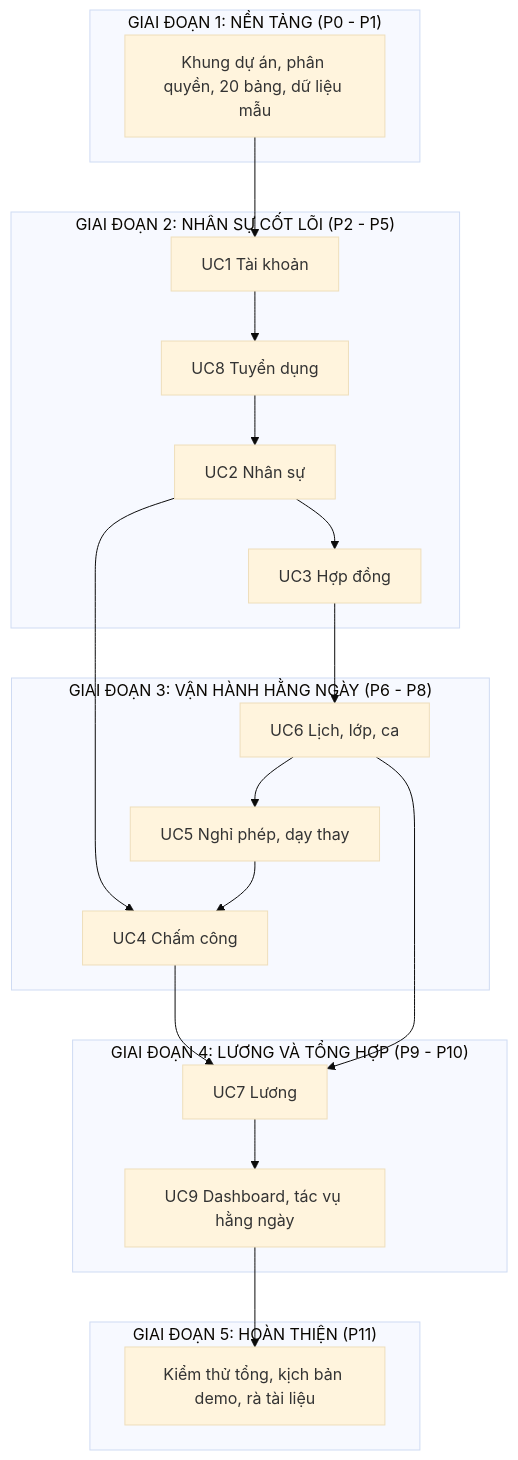
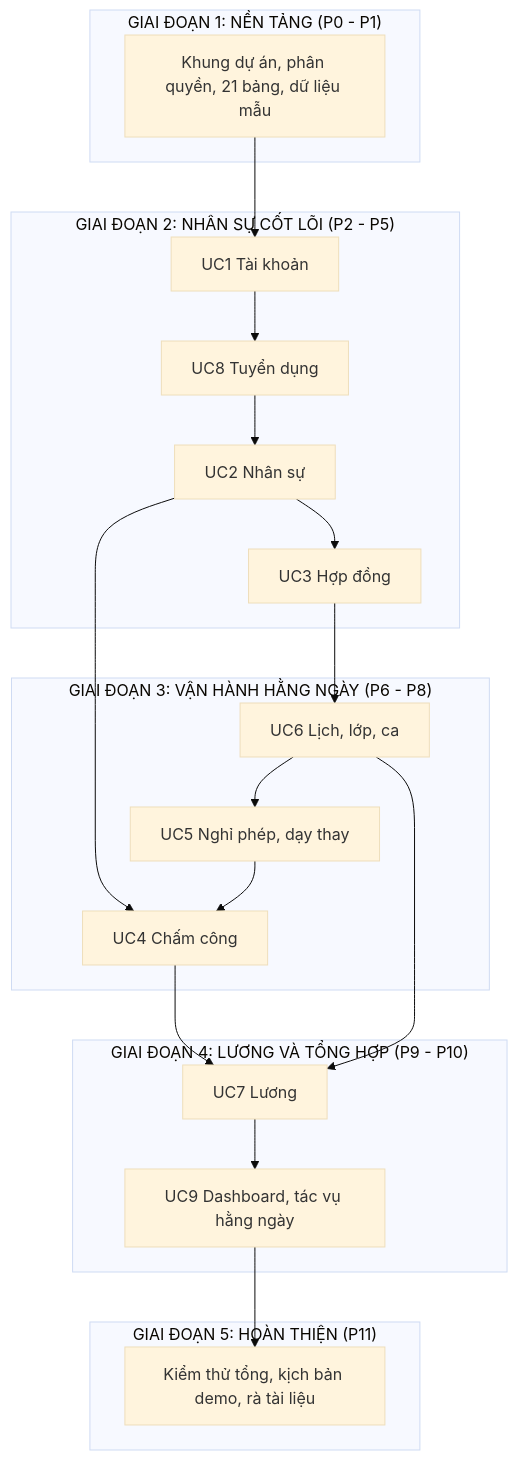
Before and after one commit to quechau13082006-byte/ICLS-HRM: the second of 2 diagrams in README.md, drawn with Mermaid (base theme). The commit also changed other lines of this file and 54 other files, not shown here.

````diff
--- a/README.md
+++ b/README.md
@@ -101,33 +101,33 @@
 ```mermaid
 flowchart TD
     subgraph G1["GIAI ĐOẠN 1: NỀN TẢNG (P0 - P1)"]
-        CORE["Khung dự án, phân quyền, 20 bảng, dữ liệu mẫu"]
+        CORE["Khung dự án, phân quyền, 21 bảng, dữ liệu mẫu"]
     end
     subgraph G2["GIAI ĐOẠN 2: NHÂN SỰ CỐT LÕI (P2 - P5)"]
         U1["UC1 Tài khoản"]
         U8["UC8 Tuyển dụng"]
         U2["UC2 Nhân sự"]
         U3["UC3 Hợp đồng"]
     end
     subgraph G3["GIAI ĐOẠN 3: VẬN HÀNH HẰNG NGÀY (P6 - P8)"]
         U6["UC6 Lịch, lớp, ca"]
         U5["UC5 Nghỉ phép, dạy thay"]
         U4["UC4 Chấm công"]
     end
     subgraph G4["GIAI ĐOẠN 4: LƯƠNG VÀ TỔNG HỢP (P9 - P10)"]
         U7["UC7 Lương"]
         U9["UC9 Dashboard, tác vụ hằng ngày"]
     end
     subgraph G5["GIAI ĐOẠN 5: HOÀN THIỆN (P11)"]
         E2E["Kiểm thử tổng, kịch bản demo, rà tài liệu"]
     end
     CORE --> U1 --> U8 --> U2 --> U3
     U3 --> U6
     U6 --> U5
     U2 --> U4
     U5 --> U4
     U4 --> U7
     U6 --> U7
     U7 --> U9
     U9 --> E2E
 ```
````
